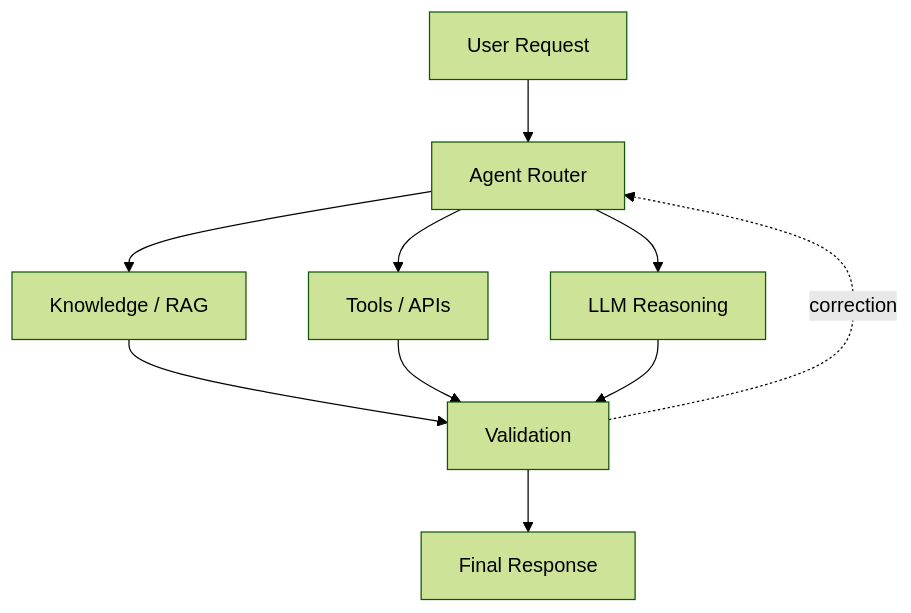
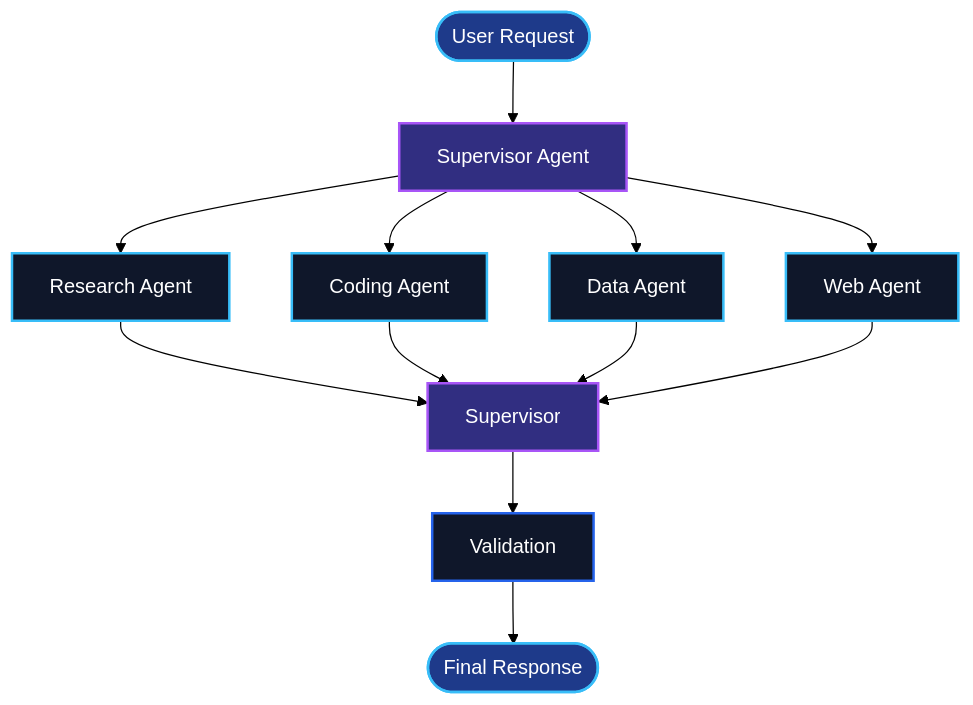
Diagram 16 of 22 in README.md (bhamniyaravi/bhamniyaravi), drawn with Mermaid (forest theme) before and after one commit. The commit also changed other lines of this file, not shown here.

````diff
--- a/README.md
+++ b/README.md
@@ -212,12 +539,23 @@
 ```mermaid
 flowchart TD
-    U[User Request] --> R[Agent Router]
-    R --> K[Knowledge / RAG]
-    R --> T[Tools / APIs]
-    R --> L[LLM Reasoning]
-    K --> V[Validation]
-    T --> V
-    L --> V
-    V --> O[Final Response]
-    V -. correction .-> R
+    U([User Request]) --> S[Supervisor Agent]
+    S --> R[Research Agent]
+    S --> C[Coding Agent]
+    S --> D[Data Agent]
+    S --> W[Web Agent]
+    R --> S2[Supervisor]
+    C --> S2
+    D --> S2
+    W --> S2
+    S2 --> V[Validation]
+    V --> O([Final Response])
+
+    classDef sup fill:#312E81,stroke:#A855F7,stroke-width:2px,color:#ffffff;
+    classDef agent fill:#0F172A,stroke:#38BDF8,stroke-width:2px,color:#ffffff;
+    classDef step fill:#0F172A,stroke:#2563EB,stroke-width:2px,color:#ffffff;
+    classDef io fill:#1E3A8A,stroke:#38BDF8,stroke-width:2px,color:#ffffff;
+    class S,S2 sup;
+    class R,C,D,W agent;
+    class V step;
+    class U,O io;
 ```
````
